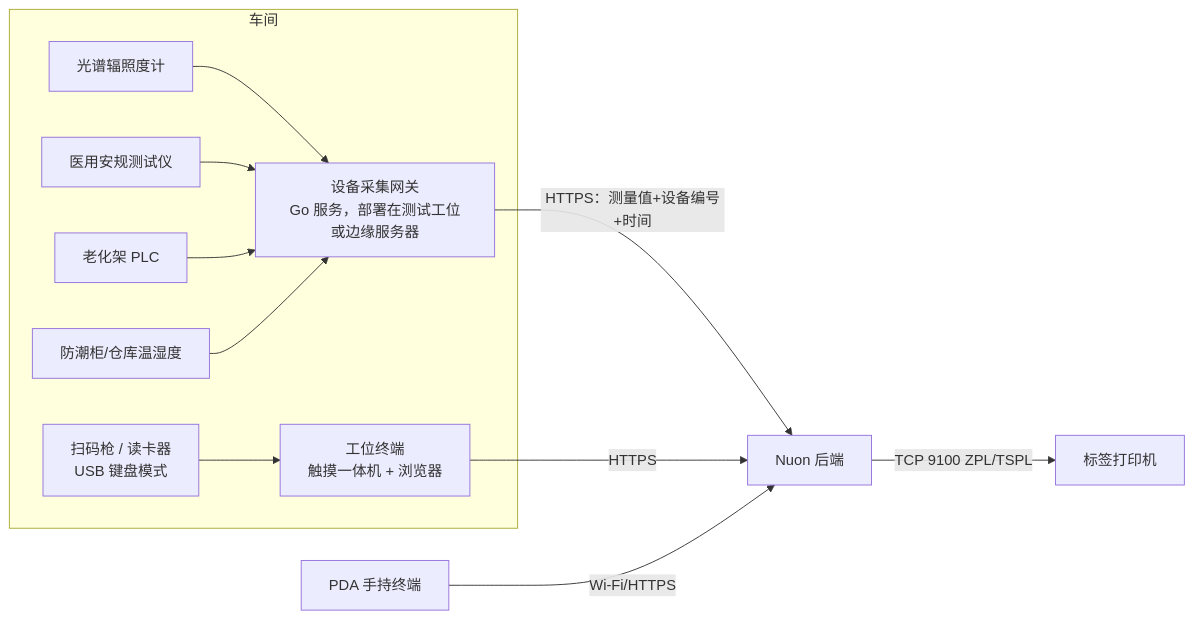
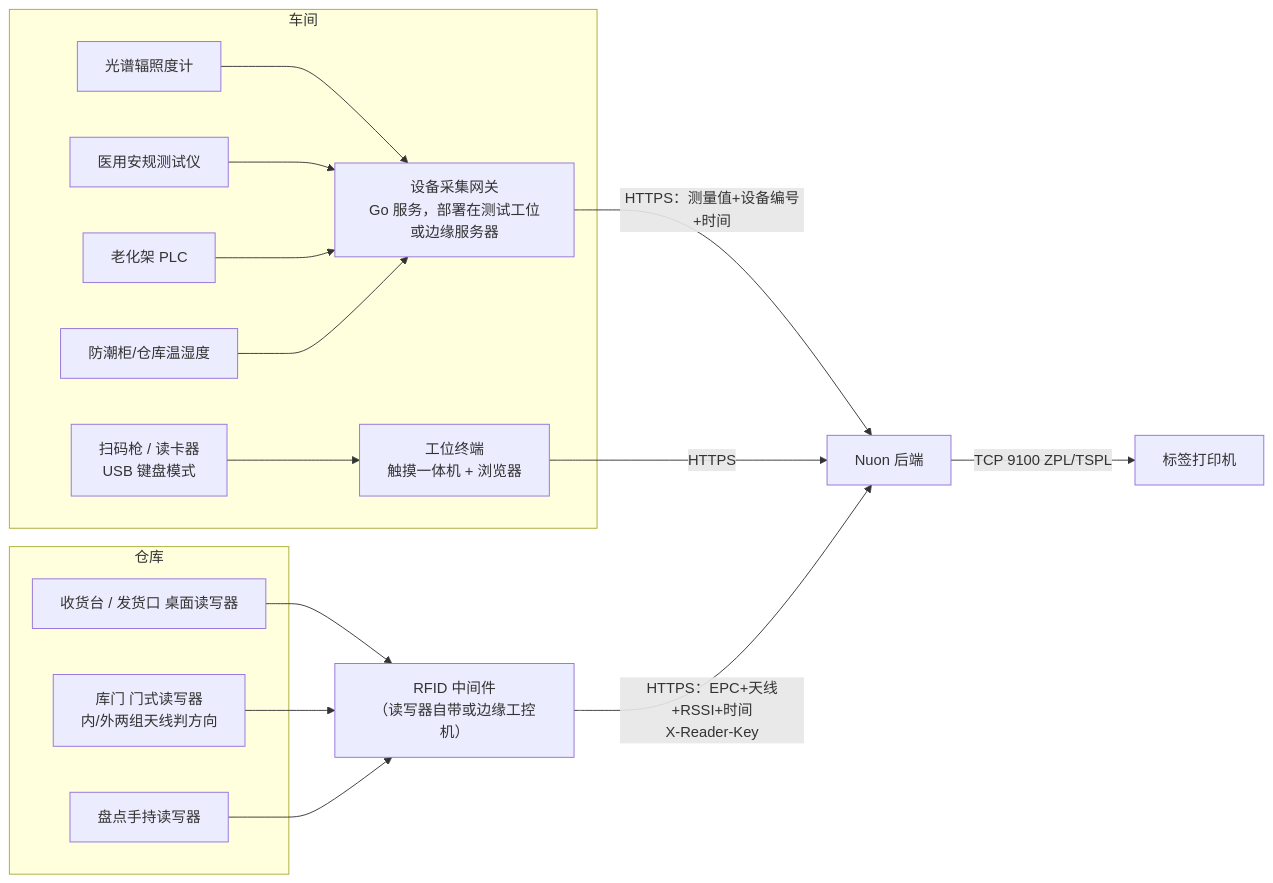
Before and after one commit to qq591053991/Nuon-system: the diagram in docs/hardware-integration.md, drawn with Mermaid. The commit also changed other lines of this file and 55 other files, not shown here.

````diff
--- a/docs/hardware-integration.md
+++ b/docs/hardware-integration.md
@@ -5,15 +7,21 @@
 ```mermaid
 flowchart LR
   subgraph 车间
     SC[扫码枪 / 读卡器<br/>USB 键盘模式] --> ST[工位终端<br/>触摸一体机 + 浏览器]
     SP[光谱辐照度计] --> GW
     HP[医用安规测试仪] --> GW
     AG[老化架 PLC] --> GW
     TH[防潮柜/仓库温湿度] --> GW
     GW[设备采集网关<br/>Go 服务，部署在测试工位或边缘服务器]
   end
   GW -- HTTPS：测量值+设备编号+时间 --> API[Nuon 后端]
   ST -- HTTPS --> API
   API -- TCP 9100 ZPL/TSPL --> PR[标签打印机]
-  PDA[PDA 手持终端] -- Wi-Fi/HTTPS --> API
+  subgraph 仓库
+    RD[收货台 / 发货口 桌面读写器]
+    GT[库门 门式读写器<br/>内/外两组天线判方向]
+    HH[盘点手持读写器]
+  end
+  RD & GT & HH --> MW[RFID 中间件<br/>（读写器自带或边缘工控机）]
+  MW -- HTTPS：EPC+天线+RSSI+时间<br/>X-Reader-Key --> API
 ```
````
